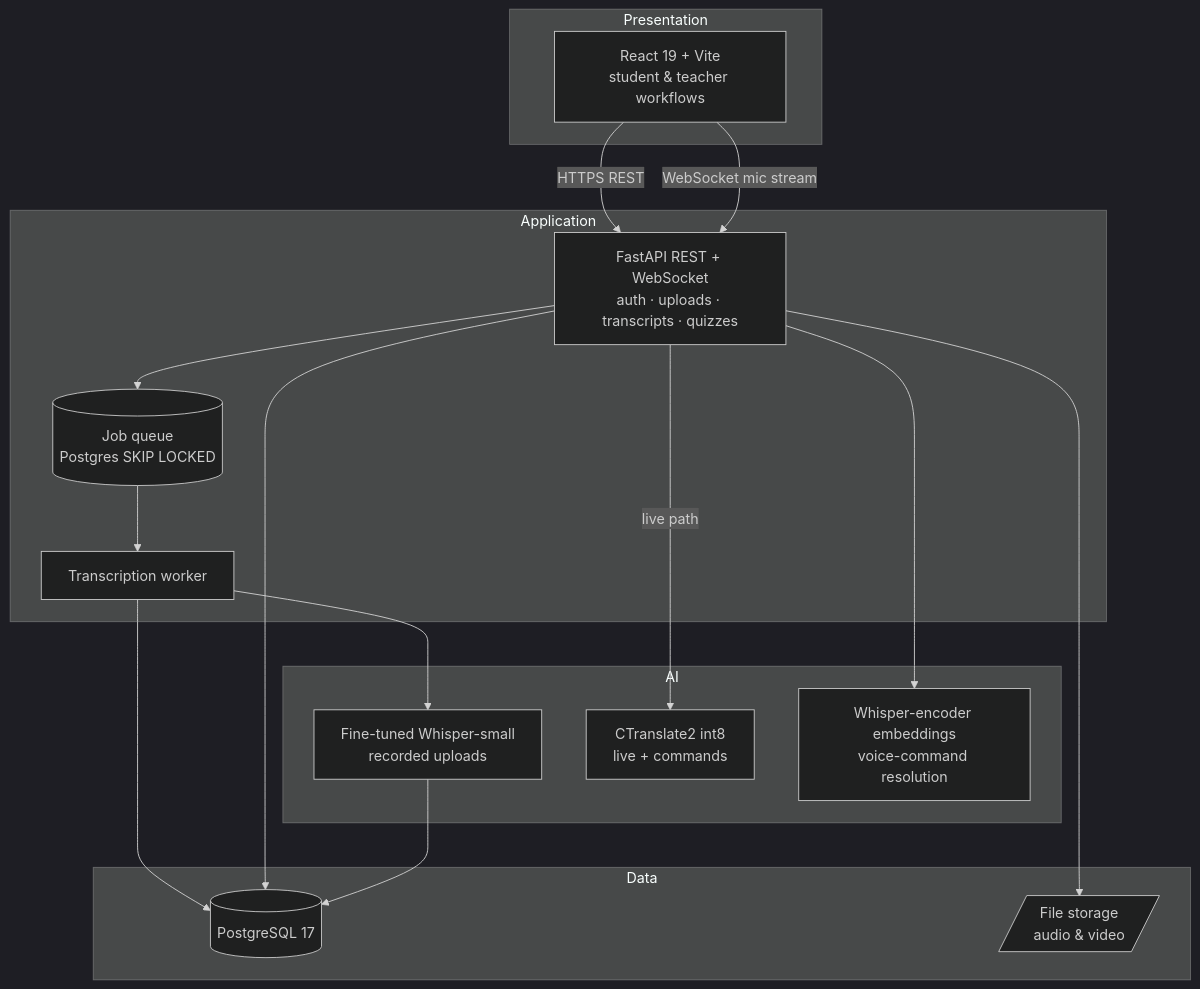
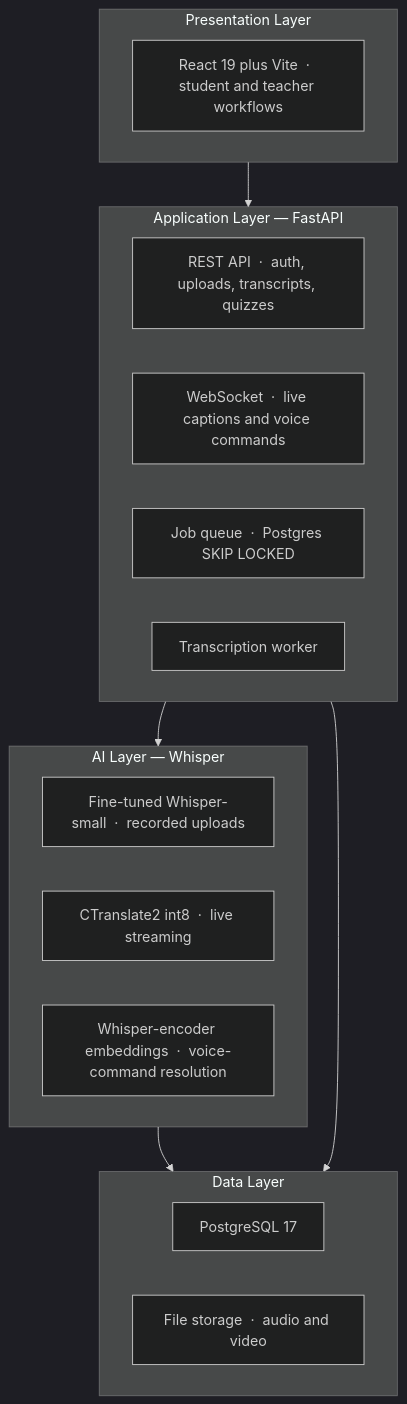
Before and after one commit to tharu-jwd/dse-project: the second of 2 diagrams in README.md, drawn with Mermaid (dark theme).

Commit message:
Refactor architecture diagram in README to enhance clarity and organization of layers

````diff
--- a/README.md
+++ b/README.md
@@ -186,30 +186,33 @@
 ```mermaid
 flowchart TB
-    subgraph Presentation
-      FE[React 19 + Vite<br/>student & teacher workflows]
-    end
-    subgraph Application
-      API[FastAPI REST + WebSocket<br/>auth · uploads · transcripts · quizzes]
-      Q[(Job queue<br/>Postgres SKIP LOCKED)]
-      WK[Transcription worker]
-    end
-    subgraph AI
-      HF[Fine-tuned Whisper-small<br/>recorded uploads]
-      CT2[CTranslate2 int8<br/>live + commands]
-      EMB[Whisper-encoder embeddings<br/>voice-command resolution]
-    end
-    subgraph Data
-      DB[(PostgreSQL 17)]
-      FS[/File storage<br/>audio & video/]
+    subgraph L1["Presentation Layer"]
+        direction LR
+        FE["React 19 plus Vite &nbsp;&middot;&nbsp; student and teacher workflows"]
     end
 
-    FE -->|HTTPS REST| API
-    FE -->|WebSocket mic stream| API
-    API --> Q --> WK --> HF
-    API -->|live path| CT2
-    API --> EMB
-    WK --> DB
-    API --> DB
-    API --> FS
-    HF --> DB
+    subgraph L2["Application Layer &mdash; FastAPI"]
+        direction LR
+        REST["REST API &nbsp;&middot;&nbsp; auth, uploads, transcripts, quizzes"]
+        WS["WebSocket &nbsp;&middot;&nbsp; live captions and voice commands"]
+        Q["Job queue &nbsp;&middot;&nbsp; Postgres SKIP LOCKED"]
+        WK["Transcription worker"]
+    end
+
+    subgraph L3["AI Layer &mdash; Whisper"]
+        direction LR
+        HF["Fine-tuned Whisper-small &nbsp;&middot;&nbsp; recorded uploads"]
+        CT2["CTranslate2 int8 &nbsp;&middot;&nbsp; live streaming"]
+        EMB["Whisper-encoder embeddings &nbsp;&middot;&nbsp; voice-command resolution"]
+    end
+
+    subgraph L4["Data Layer"]
+        direction LR
+        DB["PostgreSQL 17"]
+        FS["File storage &nbsp;&middot;&nbsp; audio and video"]
+    end
+
+    L1 --> L2
+    L2 --> L3
+    L3 --> L4
+    L2 --> L4
 ```
````
